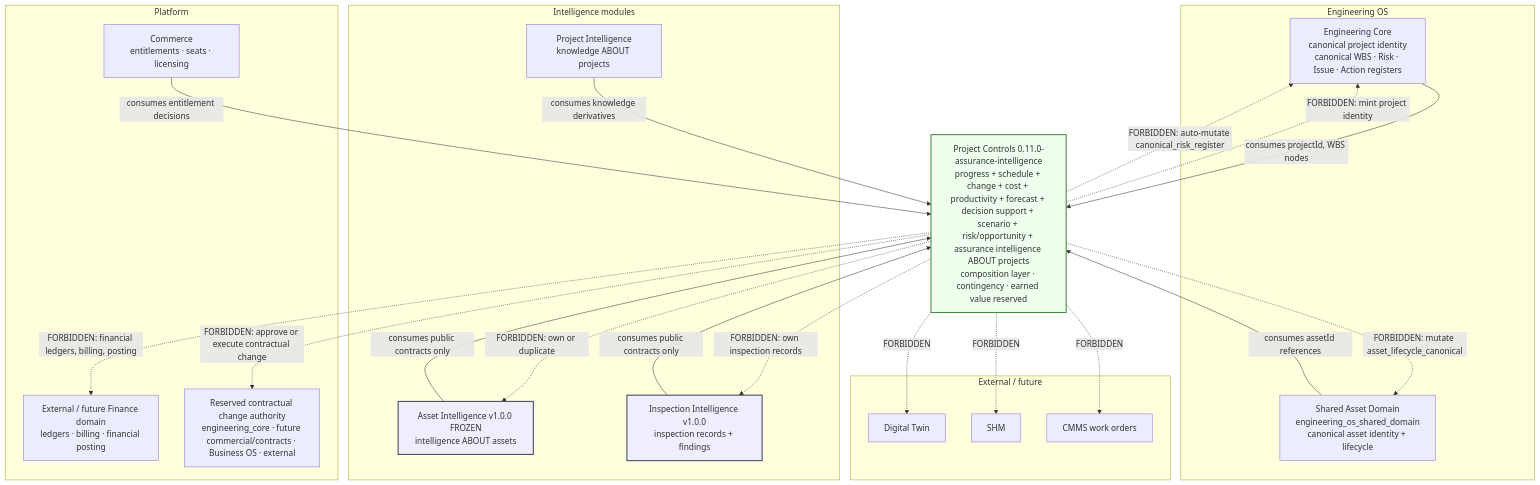
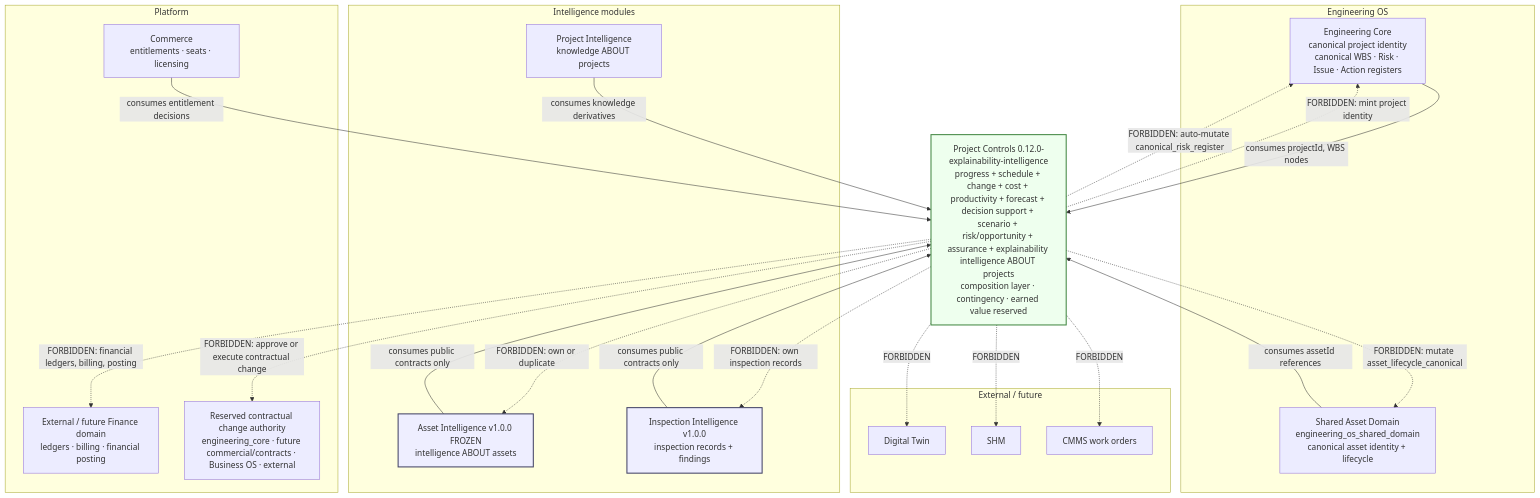
The diagram in docs/architecture/PROJECT_CONTROLS_BOUNDARY_MAP.md (sberso2026/AI-Platform), drawn with Mermaid before and after one commit. The commit also changed other lines of this file and 41 other files, not shown here.

Commit message:
Implement Phase 11L explainability and traceability intelligence with governed evidence traces.

````diff
--- a/docs/architecture/PROJECT_CONTROLS_BOUNDARY_MAP.md
+++ b/docs/architecture/PROJECT_CONTROLS_BOUNDARY_MAP.md
@@ -11,50 +11,50 @@
 ```mermaid
 flowchart TB
   subgraph EOS["Engineering OS"]
     CORE["Engineering Core<br/>canonical project identity<br/>canonical WBS · Risk · Issue · Action registers"]
     SHARED["Shared Asset Domain<br/>engineering_os_shared_domain<br/>canonical asset identity + lifecycle"]
   end
 
   subgraph MODULES["Intelligence modules"]
     PI["Project Intelligence<br/>knowledge ABOUT projects"]
     AI["Asset Intelligence v1.0.0 FROZEN<br/>intelligence ABOUT assets"]
     II["Inspection Intelligence v1.0.0<br/>inspection records + findings"]
   end
 
   subgraph PLATFORM["Platform"]
     COMMERCE["Commerce<br/>entitlements · seats · licensing"]
     FINANCE["External / future Finance domain<br/>ledgers · billing · financial posting"]
     CONTRACTS["Reserved contractual change authority<br/>engineering_core · future commercial/contracts · Business OS · external"]
   end
 
   subgraph EXTERNAL["External / future"]
     TWIN["Digital Twin"]
     SHM["SHM"]
     CMMS["CMMS work orders"]
   end
 
-  PC["Project Controls 0.11.0-assurance-intelligence<br/>progress + schedule + change + cost + productivity + forecast + decision support + scenario + risk/opportunity + assurance intelligence ABOUT projects<br/>composition layer · contingency · earned value reserved"]
+  PC["Project Controls 0.12.0-explainability-intelligence<br/>progress + schedule + change + cost + productivity + forecast + decision support + scenario + risk/opportunity + assurance + explainability intelligence ABOUT projects<br/>composition layer · contingency · earned value reserved"]
 
   CORE -->|consumes projectId, WBS nodes| PC
   PI -->|consumes knowledge derivatives| PC
   AI -->|consumes public contracts only| PC
   II -->|consumes public contracts only| PC
   COMMERCE -->|consumes entitlement decisions| PC
   SHARED -->|consumes assetId references| PC
 
   PC -.->|FORBIDDEN: mint project identity| CORE
   PC -.->|FORBIDDEN: auto-mutate canonical_risk_register| CORE
   PC -.->|FORBIDDEN: mutate asset_lifecycle_canonical| SHARED
   PC -.->|FORBIDDEN: own or duplicate| AI
   PC -.->|FORBIDDEN: own inspection records| II
   PC -.->|FORBIDDEN: financial ledgers, billing, posting| FINANCE
   PC -.->|FORBIDDEN: approve or execute contractual change| CONTRACTS
   PC -.->|FORBIDDEN| TWIN
   PC -.->|FORBIDDEN| SHM
   PC -.->|FORBIDDEN| CMMS
 
   classDef frozen fill:#eef,stroke:#446,stroke-width:2px;
   classDef pc fill:#efe,stroke:#484,stroke-width:2px;
   class AI,II frozen;
   class PC pc;
 ```
````
